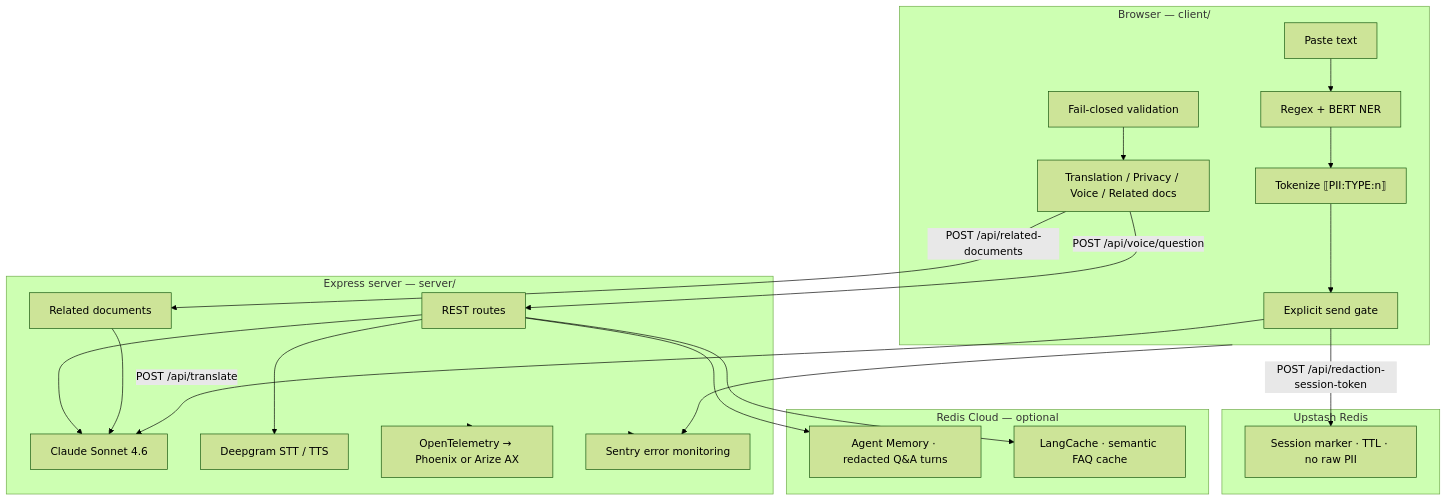
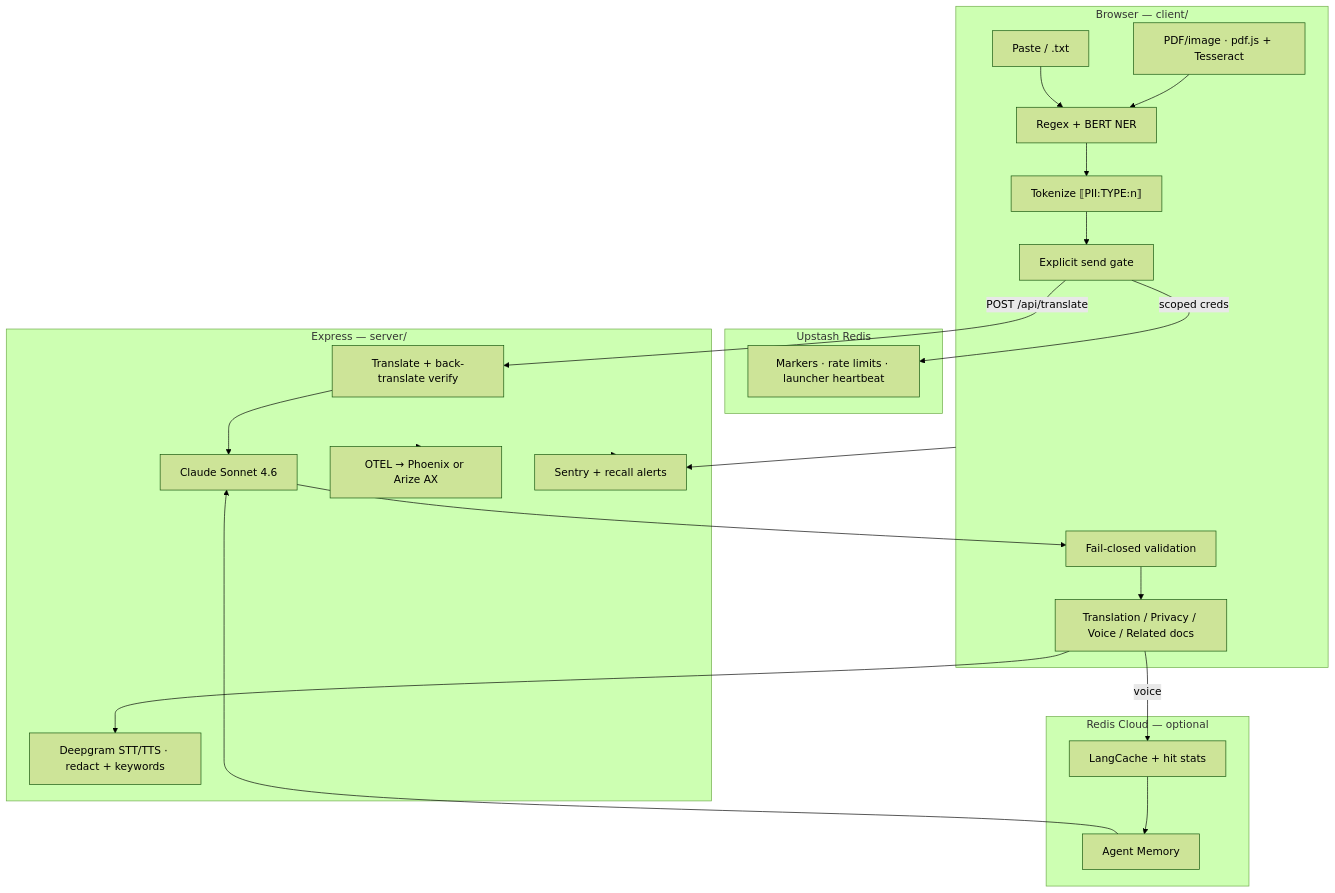
Before and after one commit to shanghanyan/Passage: the diagram in PROJECT_ARCHITECTURE.md, drawn with Mermaid (forest theme). The commit also changed other lines of this file and 46 other files, not shown here.

````diff
--- a/PROJECT_ARCHITECTURE.md
+++ b/PROJECT_ARCHITECTURE.md
@@ -33,44 +34,41 @@
 ```mermaid
 flowchart TB
   subgraph browser [Browser — client/]
-    Input[Paste text]
+    Upload[PDF/image · pdf.js + Tesseract]
+    Input[Paste / .txt]
     Detect[Regex + BERT NER]
     Redact["Tokenize ⟦PII:TYPE:n⟧"]
     Gate[Explicit send gate]
     Validate[Fail-closed validation]
     UI[Translation / Privacy / Voice / Related docs]
   end
 
   subgraph upstash [Upstash Redis]
-    Session["Session marker · TTL · no raw PII"]
+    Session["Markers · rate limits · launcher heartbeat"]
   end
 
   subgraph redisCloud [Redis Cloud — optional]
-    AM[Agent Memory · redacted Q&A turns]
-    LC[LangCache · semantic FAQ cache]
+    AM[Agent Memory]
+    LC[LangCache + hit stats]
   end
 
-  subgraph server [Express server — server/]
-    Routes[REST routes]
+  subgraph server [Express — server/]
+    Translate["Translate + back-translate verify"]
     Claude[Claude Sonnet 4.6]
-    DG[Deepgram STT / TTS]
-    RelDocs[Related documents]
-    OTEL[OpenTelemetry → Phoenix or Arize AX]
-    Sentry[Sentry error monitoring]
+    DG[Deepgram STT/TTS · redact + keywords]
+    OTEL[OTEL → Phoenix or Arize AX]
+    Sentry[Sentry + recall alerts]
   end
 
-  Input --> Detect --> Redact --> Gate
-  Gate -->|POST /api/redaction-session-token| Session
-  Gate -->|POST /api/translate| Claude
-  Validate --> UI
-  UI -->|POST /api/related-documents| RelDocs
-  RelDocs --> Claude
-  UI -->|POST /api/voice/question| Routes
-  Routes --> AM
-  Routes --> LC
-  Routes --> Claude
-  Routes --> DG
+  Upload --> Detect
+  Input --> Detect
+  Detect --> Redact --> Gate
+  Gate -->|scoped creds| Session
+  Gate -->|POST /api/translate| Translate --> Claude
+  Claude --> Validate --> UI
+  UI -->|voice| LC --> AM --> Claude
+  UI --> DG
   server --> OTEL
   browser --> Sentry
   server --> Sentry
 ```
````
